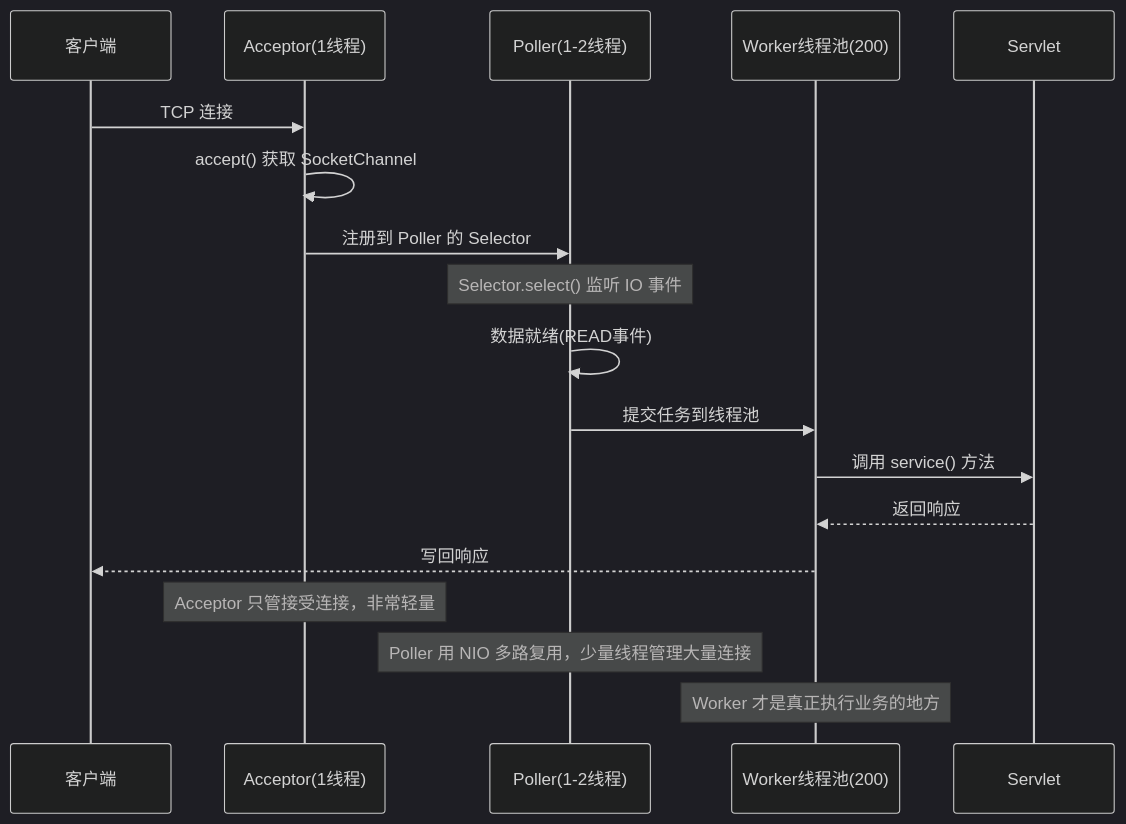
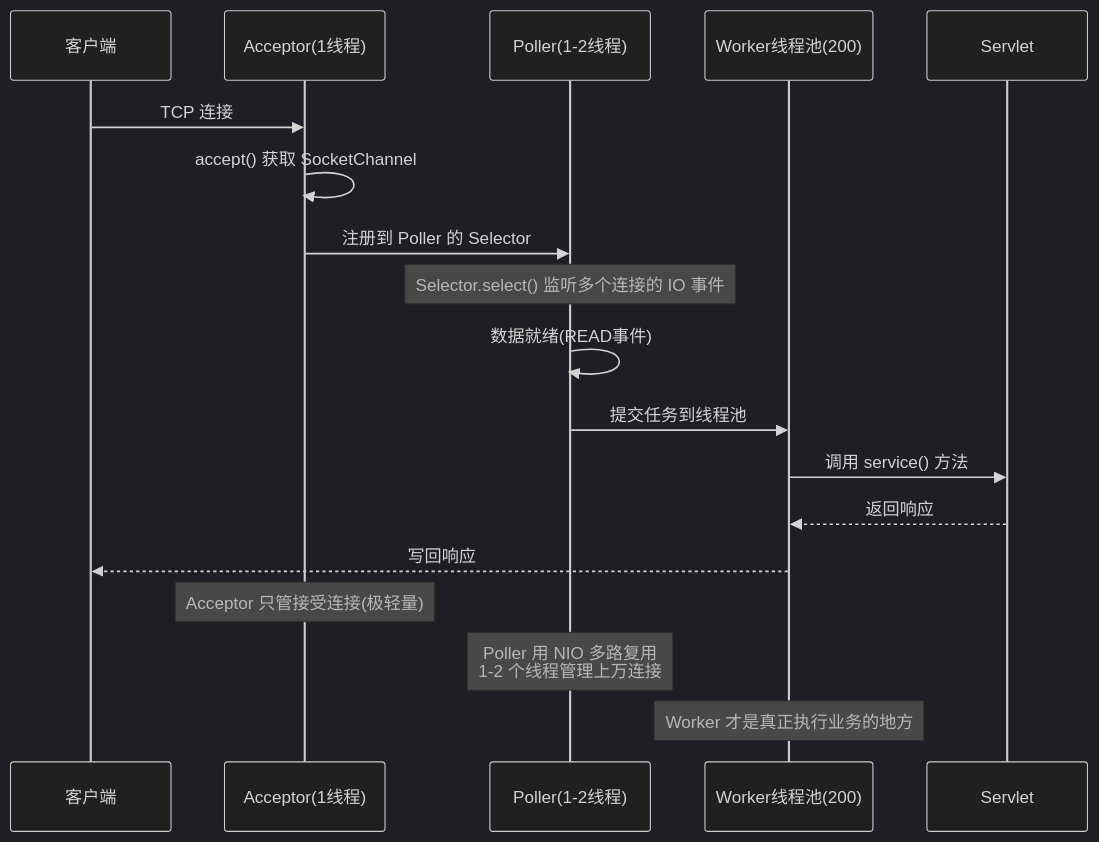
Diagram 33 of 34 in document/strengthen/性能调优面试总结_增强版.md (qigao0787-ops/gq-test), drawn with Mermaid (dark theme) before and after one commit. The commit also changed other lines of this file, not shown here.

````diff
--- a/document/strengthen/性能调优面试总结_增强版.md
+++ b/document/strengthen/性能调优面试总结_增强版.md
@@ -2101,22 +2425,22 @@
 ```mermaid
 sequenceDiagram
     participant Client as 客户端
     participant Acc as Acceptor(1线程)
     participant Pol as Poller(1-2线程)
     participant Worker as Worker线程池(200)
     participant Servlet as Servlet
 
     Client->>Acc: TCP 连接
     Acc->>Acc: accept() 获取 SocketChannel
     Acc->>Pol: 注册到 Poller 的 Selector
-    Note over Pol: Selector.select() 监听 IO 事件
+    Note over Pol: Selector.select() 监听多个连接的 IO 事件
     Pol->>Pol: 数据就绪(READ事件)
     Pol->>Worker: 提交任务到线程池
     Worker->>Servlet: 调用 service() 方法
     Servlet-->>Worker: 返回响应
     Worker-->>Client: 写回响应
 
-    Note over Acc: Acceptor 只管接受连接，非常轻量
-    Note over Pol: Poller 用 NIO 多路复用，少量线程管理大量连接
+    Note over Acc: Acceptor 只管接受连接(极轻量)
+    Note over Pol: Poller 用 NIO 多路复用<br/>1-2 个线程管理上万连接
     Note over Worker: Worker 才是真正执行业务的地方
 ```
````
